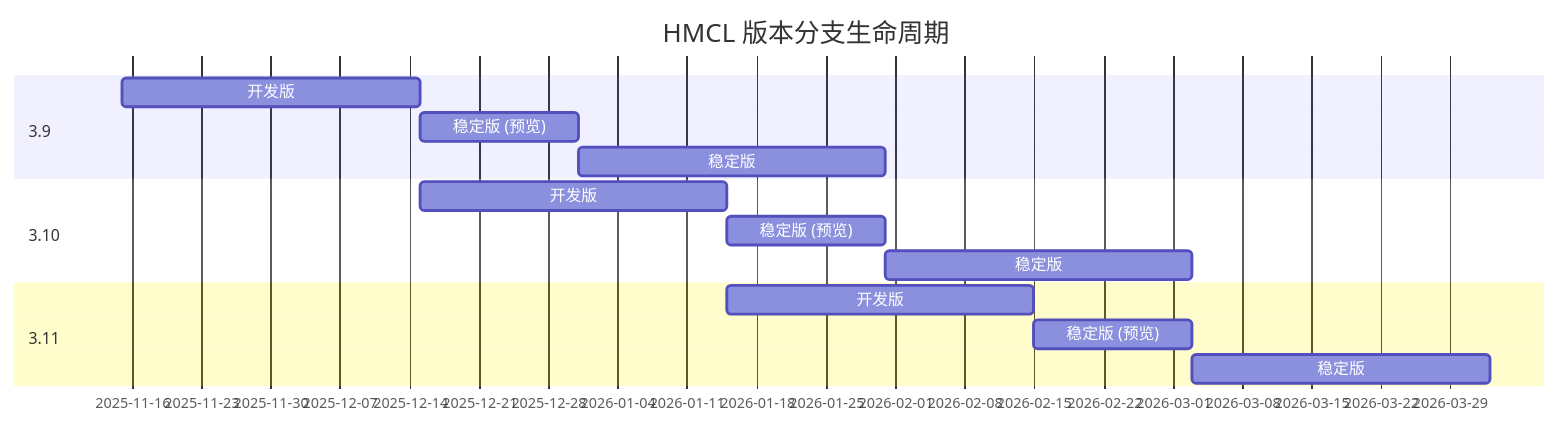
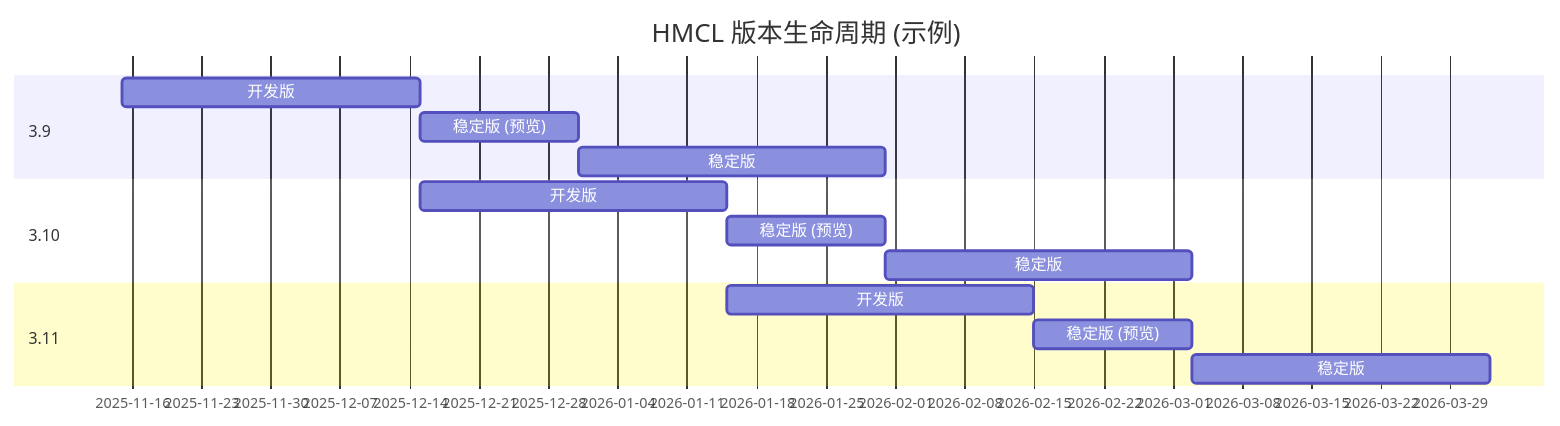
The diagram in docs/ReleaseSchedule_zh.md (HMCL-dev/HMCL), drawn with Mermaid before and after one commit. The commit also changed other lines of this file, not shown here.

````diff
--- a/docs/ReleaseSchedule_zh.md
+++ b/docs/ReleaseSchedule_zh.md
@@ -54,16 +42,16 @@
 ```mermaid
 gantt
-    title HMCL 版本分支生命周期
+    title HMCL 版本生命周期 (示例)
     section 3.9
         开发版: 2025-11-15, 30d
         稳定版 (预览): 2025-12-15, 16d
         稳定版: 2025-12-31, 31d
     section 3.10
         开发版: 2025-12-15, 31d
         稳定版 (预览): 2026-01-15, 16d
         稳定版: 2026-01-31, 31d
     section 3.11
         开发版: 2026-01-15, 31d
         稳定版 (预览): 2026-02-15, 16d
         稳定版: 2026-02-31, 30d
 ```
````
